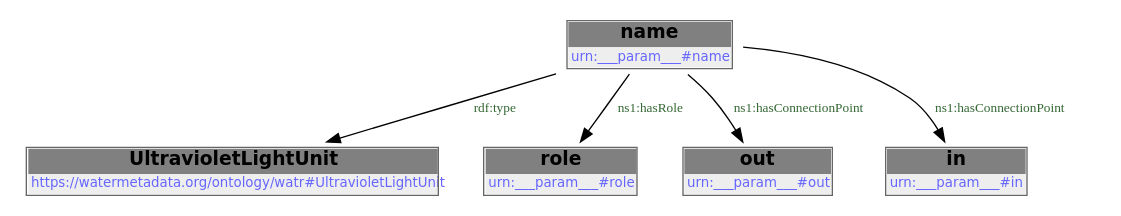
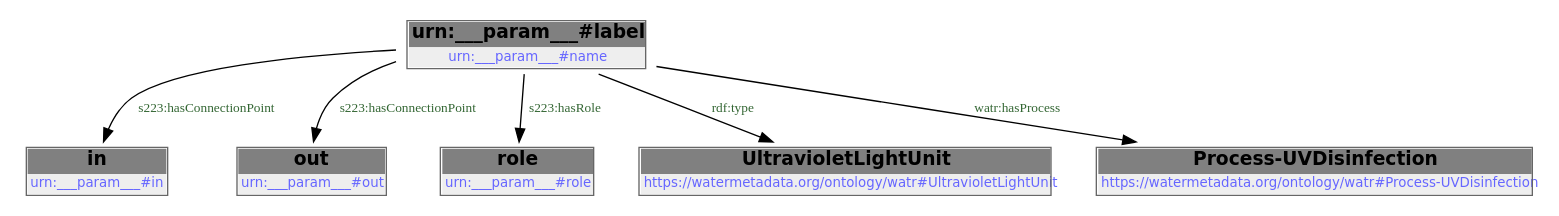
The diagram in docs/libraries/templates/uv-reactor.rst (DataDrivenCPS/water-ontology), drawn with Graphviz before and after one commit. The commit also changed other lines of this file and 83 other files, not shown here.

```diff
--- a/docs/libraries/templates/uv-reactor.rst
+++ b/docs/libraries/templates/uv-reactor.rst
@@ -78,14 +80,22 @@
-        .. graphviz::
+.. graphviz::
 
-                digraph G {
-            node [fontname="DejaVu Sans"];
-            node0 -> node1 [color=BLACK, label=< <font point-size='10' color='#336633'>rdf:type</font> >];
-            node0 -> node2 [color=BLACK, label=< <font point-size='10' color='#336633'>ns1:hasRole</font> >];
-            node0 -> node3 [color=BLACK, label=< <font point-size='10' color='#336633'>ns1:hasConnectionPoint</font> >];
-            node0 -> node4 [color=BLACK, label=< <font point-size='10' color='#336633'>ns1:hasConnectionPoint</font> >];
-            node0 [shape=none, color=black, label=< <table color='#666666' cellborder='0' cellspacing='0' border='1'><tr><td colspan='2' bgcolor='grey'><B>name</B></td></tr><tr><td href='urn:___param___#name' bgcolor='#eeeeee' colspan='2'><font point-size='10' color='#6666ff'>urn:___param___#name</font></td></tr></table> >];
-            node1 [shape=none, color=black, label=< <table color='#666666' cellborder='0' cellspacing='0' border='1'><tr><td colspan='2' bgcolor='grey'><B>UltravioletLightUnit</B></td></tr><tr><td href='https://watermetadata.org/ontology/watr#UltravioletLightUnit' bgcolor='#eeeeee' colspan='2'><font point-size='10' color='#6666ff'>https://watermetadata.org/ontology/watr#UltravioletLightUnit</font></td></tr></table> >];
-            node2 [shape=none, color=black, label=< <table color='#666666' cellborder='0' cellspacing='0' border='1'><tr><td colspan='2' bgcolor='grey'><B>role</B></td></tr><tr><td href='urn:___param___#role' bgcolor='#eeeeee' colspan='2'><font point-size='10' color='#6666ff'>urn:___param___#role</font></td></tr></table> >];
-            node3 [shape=none, color=black, label=< <table color='#666666' cellborder='0' cellspacing='0' border='1'><tr><td colspan='2' bgcolor='grey'><B>out</B></td></tr><tr><td href='urn:___param___#out' bgcolor='#eeeeee' colspan='2'><font point-size='10' color='#6666ff'>urn:___param___#out</font></td></tr></table> >];
-            node4 [shape=none, color=black, label=< <table color='#666666' cellborder='0' cellspacing='0' border='1'><tr><td colspan='2' bgcolor='grey'><B>in</B></td></tr><tr><td href='urn:___param___#in' bgcolor='#eeeeee' colspan='2'><font point-size='10' color='#6666ff'>urn:___param___#in</font></td></tr></table> >];
-            }
+    digraph {
+     node [ fontname="DejaVu Sans" ] ;
+        node0 -> node1 [ color=BLACK, label=< <font point-size='10' color='#336633'>s223:hasConnectionPoint</font> > ] ;
+        node0 -> node2 [ color=BLACK, label=< <font point-size='10' color='#336633'>s223:hasConnectionPoint</font> > ] ;
+        node0 -> node3 [ color=BLACK, label=< <font point-size='10' color='#336633'>s223:hasRole</font> > ] ;
+        node0 -> node4 [ color=BLACK, label=< <font point-size='10' color='#336633'>rdf:type</font> > ] ;
+        node0 -> node5 [ color=BLACK, label=< <font point-size='10' color='#336633'>watr:hasProcess</font> > ] ;
+    # urn:___param___#name node0
+    node0 [ shape=none, color=black label=< <table color='#666666' cellborder='0' cellspacing='0' border='1'><tr><td colspan='2' bgcolor='grey'><B>urn:___param___#label</B></td></tr><tr><td href='urn:___param___#name' bgcolor='#eeeeee' colspan='2'><font point-size='10' color='#6666ff'>urn:___param___#name</font></td></tr></table> > ]
+    # urn:___param___#in node1
+    node1 [ shape=none, color=black label=< <table color='#666666' cellborder='0' cellspacing='0' border='1'><tr><td colspan='2' bgcolor='grey'><B>in</B></td></tr><tr><td href='urn:___param___#in' bgcolor='#eeeeee' colspan='2'><font point-size='10' color='#6666ff'>urn:___param___#in</font></td></tr></table> > ]
+    # urn:___param___#out node2
+    node2 [ shape=none, color=black label=< <table color='#666666' cellborder='0' cellspacing='0' border='1'><tr><td colspan='2' bgcolor='grey'><B>out</B></td></tr><tr><td href='urn:___param___#out' bgcolor='#eeeeee' colspan='2'><font point-size='10' color='#6666ff'>urn:___param___#out</font></td></tr></table> > ]
+    # urn:___param___#role node3
+    node3 [ shape=none, color=black label=< <table color='#666666' cellborder='0' cellspacing='0' border='1'><tr><td colspan='2' bgcolor='grey'><B>role</B></td></tr><tr><td href='urn:___param___#role' bgcolor='#eeeeee' colspan='2'><font point-size='10' color='#6666ff'>urn:___param___#role</font></td></tr></table> > ]
+    # https://watermetadata.org/ontology/watr#UltravioletLightUnit node4
+    node4 [ shape=none, color=black label=< <table color='#666666' cellborder='0' cellspacing='0' border='1'><tr><td colspan='2' bgcolor='grey'><B>UltravioletLightUnit</B></td></tr><tr><td href='https://watermetadata.org/ontology/watr#UltravioletLightUnit' bgcolor='#eeeeee' colspan='2'><font point-size='10' color='#6666ff'>https://watermetadata.org/ontology/watr#UltravioletLightUnit</font></td></tr></table> > ]
+    # https://watermetadata.org/ontology/watr#Process-UVDisinfection node5
+    node5 [ shape=none, color=black label=< <table color='#666666' cellborder='0' cellspacing='0' border='1'><tr><td colspan='2' bgcolor='grey'><B>Process-UVDisinfection</B></td></tr><tr><td href='https://watermetadata.org/ontology/watr#Process-UVDisinfection' bgcolor='#eeeeee' colspan='2'><font point-size='10' color='#6666ff'>https://watermetadata.org/ontology/watr#Process-UVDisinfection</font></td></tr></table> > ]
+    }
```
